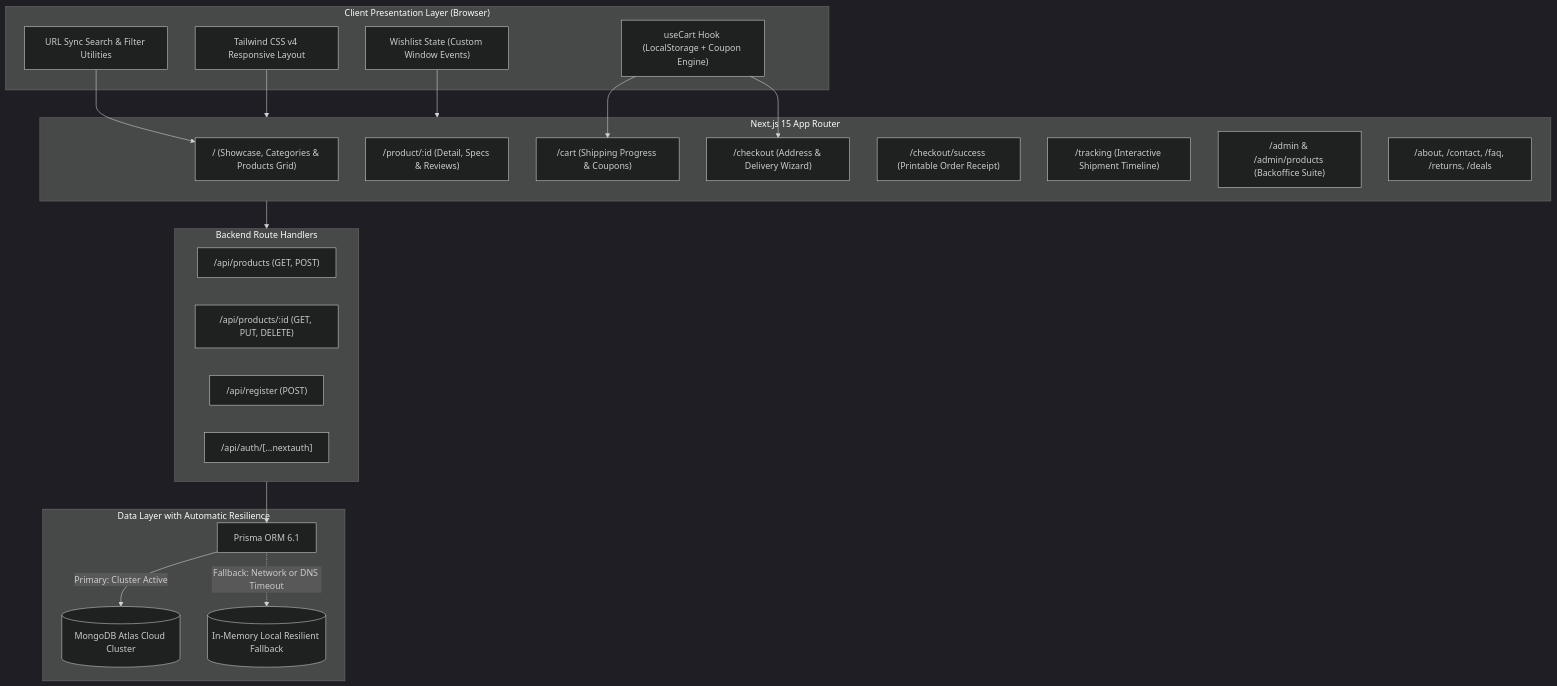
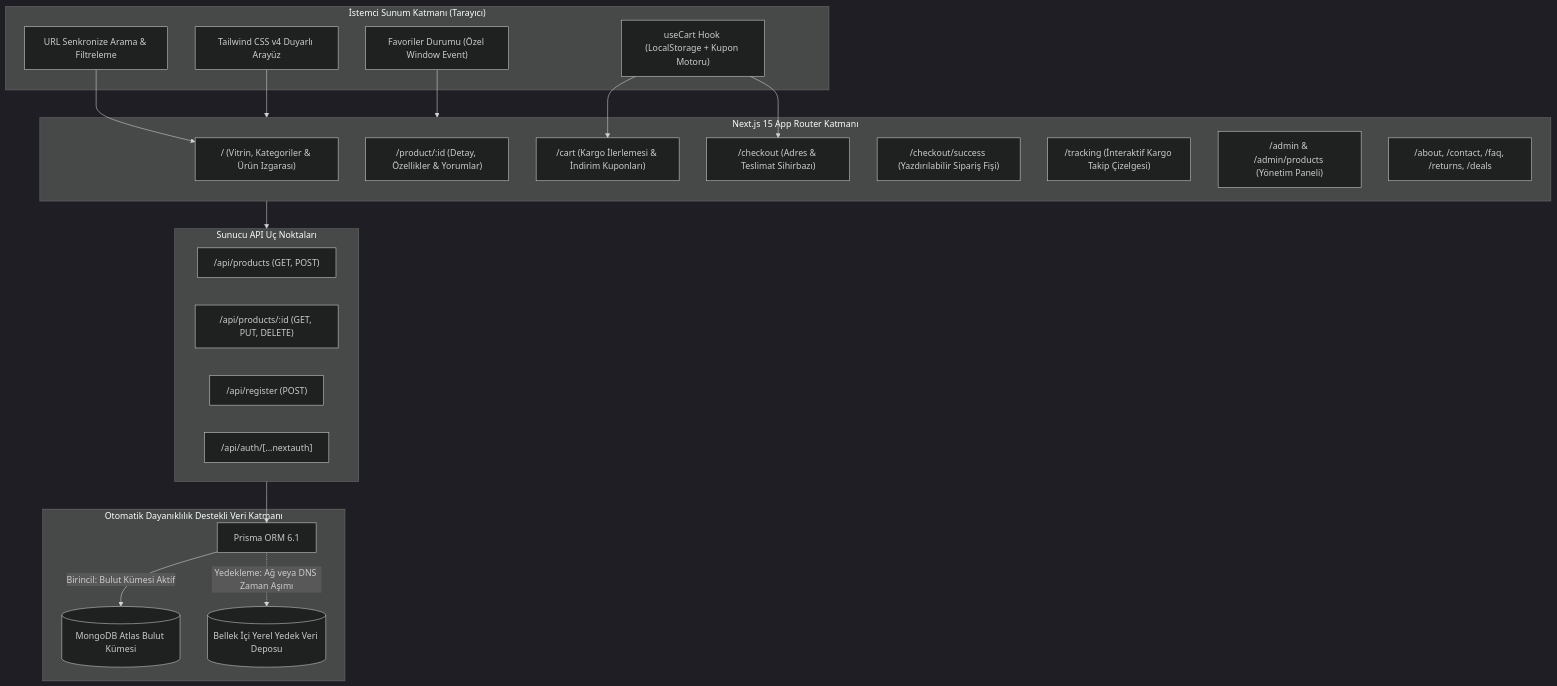
One commit to haticetatli/next.js-ecommerce changed the diagram in README.md. Above: the diagram before and after it, drawn with Mermaid (dark theme). The commit also changed other lines of this file, not shown here.

````diff
--- a/README.md
+++ b/README.md
@@ -43,43 +43,43 @@
 ```mermaid
 flowchart TD
-    subgraph ClientLayer ["Client Presentation Layer (Browser)"]
-        UI["Tailwind CSS v4 Responsive Layout"]
-        CartStore["useCart Hook (LocalStorage + Coupon Engine)"]
-        Wishlist["Wishlist State (Custom Window Events)"]
-        FilterEngine["URL Sync Search & Filter Utilities"]
+    subgraph IstemciKatmani ["İstemci Sunum Katmanı (Tarayıcı)"]
+        UI["Tailwind CSS v4 Duyarlı Arayüz"]
+        CartStore["useCart Hook (LocalStorage + Kupon Motoru)"]
+        Wishlist["Favoriler Durumu (Özel Window Event)"]
+        FilterEngine["URL Senkronize Arama & Filtreleme"]
     end
 
-    subgraph AppRouterLayer ["Next.js 15 App Router"]
-        HomePage["/ (Showcase, Categories & Products Grid)"]
-        ProductPage["/product/:id (Detail, Specs & Reviews)"]
-        CartPage["/cart (Shipping Progress & Coupons)"]
-        CheckoutPage["/checkout (Address & Delivery Wizard)"]
-        SuccessPage["/checkout/success (Printable Order Receipt)"]
-        TrackPage["/tracking (Interactive Shipment Timeline)"]
-        AdminArea["/admin & /admin/products (Backoffice Suite)"]
+    subgraph AppRouterKatmani ["Next.js 15 App Router Katmanı"]
+        HomePage["/ (Vitrin, Kategoriler & Ürün Izgarası)"]
+        ProductPage["/product/:id (Detay, Özellikler & Yorumlar)"]
+        CartPage["/cart (Kargo İlerlemesi & İndirim Kuponları)"]
+        CheckoutPage["/checkout (Adres & Teslimat Sihirbazı)"]
+        SuccessPage["/checkout/success (Yazdırılabilir Sipariş Fişi)"]
+        TrackPage["/tracking (İnteraktif Kargo Takip Çizelgesi)"]
+        AdminArea["/admin & /admin/products (Yönetim Paneli)"]
         Corporate["/about, /contact, /faq, /returns, /deals"]
     end
 
-    subgraph BackendLayer ["Backend Route Handlers"]
+    subgraph SunucuKatmani ["Sunucu API Uç Noktaları"]
         ProductsAPI["/api/products (GET, POST)"]
         ProductDetailAPI["/api/products/:id (GET, PUT, DELETE)"]
         RegisterAPI["/api/register (POST)"]
         AuthRoute["/api/auth/[...nextauth]"]
     end
 
-    subgraph DataResilience ["Data Layer with Automatic Resilience"]
+    subgraph VeriDayanikligi ["Otomatik Dayanıklılık Destekli Veri Katmanı"]
         PrismaClient["Prisma ORM 6.1"]
-        MongoAtlas[("MongoDB Atlas Cloud Cluster")]
-        InMemoryStore[("In-Memory Local Resilient Fallback")]
+        MongoAtlas[("MongoDB Atlas Bulut Kümesi")]
+        InMemoryStore[("Bellek İçi Yerel Yedek Veri Deposu")]
     end
 
-    UI --> AppRouterLayer
+    UI --> AppRouterKatmani
     CartStore --> CartPage
     CartStore --> CheckoutPage
-    Wishlist --> AppRouterLayer
+    Wishlist --> AppRouterKatmani
     FilterEngine --> HomePage
-    AppRouterLayer --> BackendLayer
-    BackendLayer --> PrismaClient
-    PrismaClient -->|Primary: Cluster Active| MongoAtlas
-    PrismaClient -.->|Fallback: Network or DNS Timeout| InMemoryStore
+    AppRouterKatmani --> SunucuKatmani
+    SunucuKatmani --> PrismaClient
+    PrismaClient -->|Birincil: Bulut Kümesi Aktif| MongoAtlas
+    PrismaClient -.->|Yedekleme: Ağ veya DNS Zaman Aşımı| InMemoryStore
 ```
````
